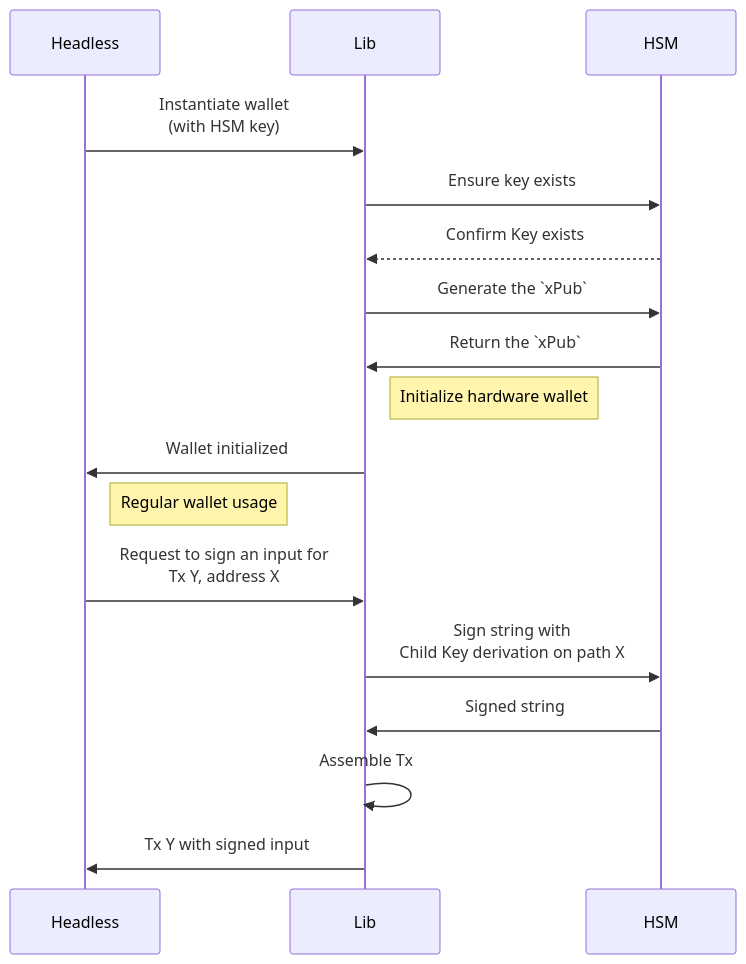
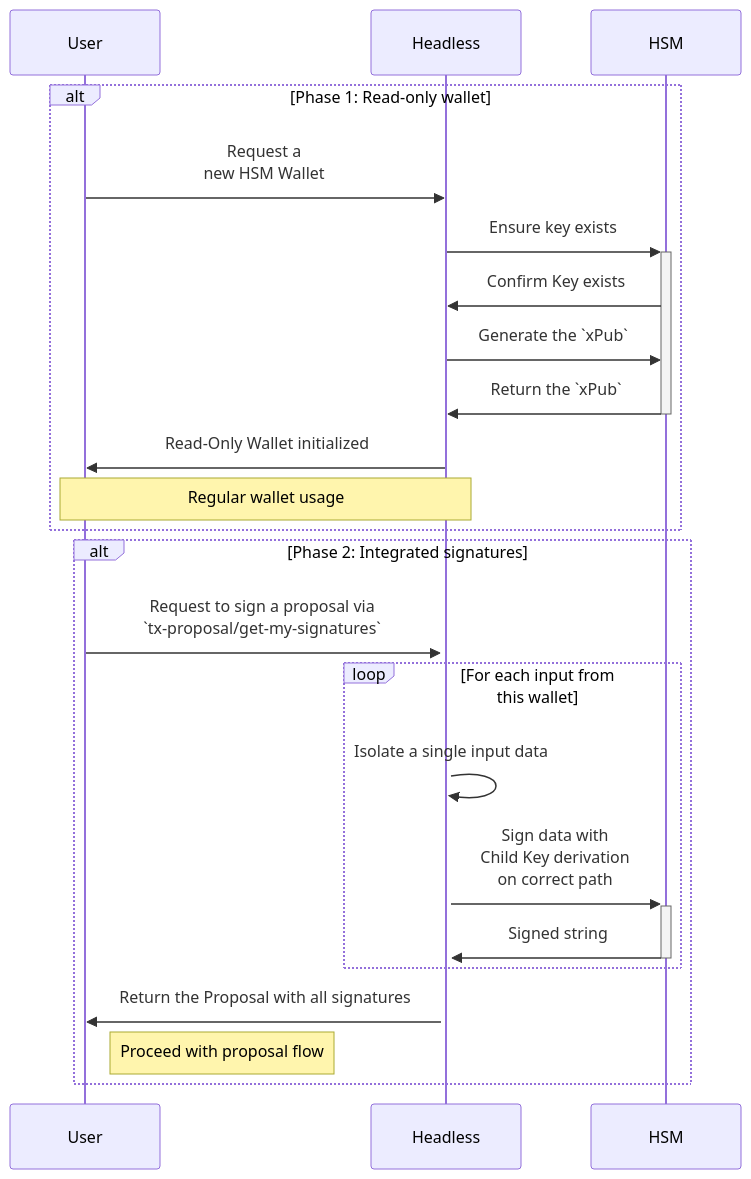
One commit to HathorNetwork/rfcs changed the second of 2 diagrams in projects/hathor-wallet-headless/hsm-integration.md. Above: the diagram before and after it, drawn with Mermaid. The commit also changed other lines of this file, not shown here.

Commit message:
docs: updating the mermaid flows

````diff
--- a/projects/hathor-wallet-headless/hsm-integration.md
+++ b/projects/hathor-wallet-headless/hsm-integration.md
@@ -83,16 +88,22 @@
 ```mermaid
 sequenceDiagram
-Headless->>Lib: Instantiate wallet<br/>(with HSM key)
-Lib->>HSM: Ensure key exists
-HSM-->>Lib: Confirm Key exists
-Lib->>HSM: Generate the `xPub`
-HSM->>Lib: Return the `xPub`
-Note right of Lib: Initialize hardware wallet
-Lib->>Headless: Wallet initialized
-Note right of Headless: Regular wallet usage
-Headless->>Lib: Request to sign an input for<br/>Tx Y, address X
-Lib->>HSM: Sign string with<br/>Child Key derivation on path X
-HSM->>Lib: Signed string
-Lib->>Lib: Assemble Tx
-Lib->>Headless: Tx Y with signed input
+alt Phase 1: Read-only wallet
+User->>Headless: Request a<br/>new HSM Wallet
+Headless->>+HSM: Ensure key exists
+HSM->>Headless: Confirm Key exists
+Headless->>HSM: Generate the `xPub`
+HSM->>-Headless: Return the `xPub`
+Headless->>User: Read-Only Wallet initialized
+Note over User,Headless: Regular wallet usage
+end
+alt Phase 2: Integrated signatures
+User->>+Headless: Request to sign a proposal via<br/>`tx-proposal/get-my-signatures`
+loop For each input from this wallet
+Headless->>Headless: Isolate a single input data
+Headless->>+HSM: Sign data with<br/>Child Key derivation<br/>on correct path
+HSM->>-Headless: Signed string
+end
+Headless->>User: Return the Proposal with all signatures
+Note right of User: Proceed with proposal flow
+end
 ```
````
